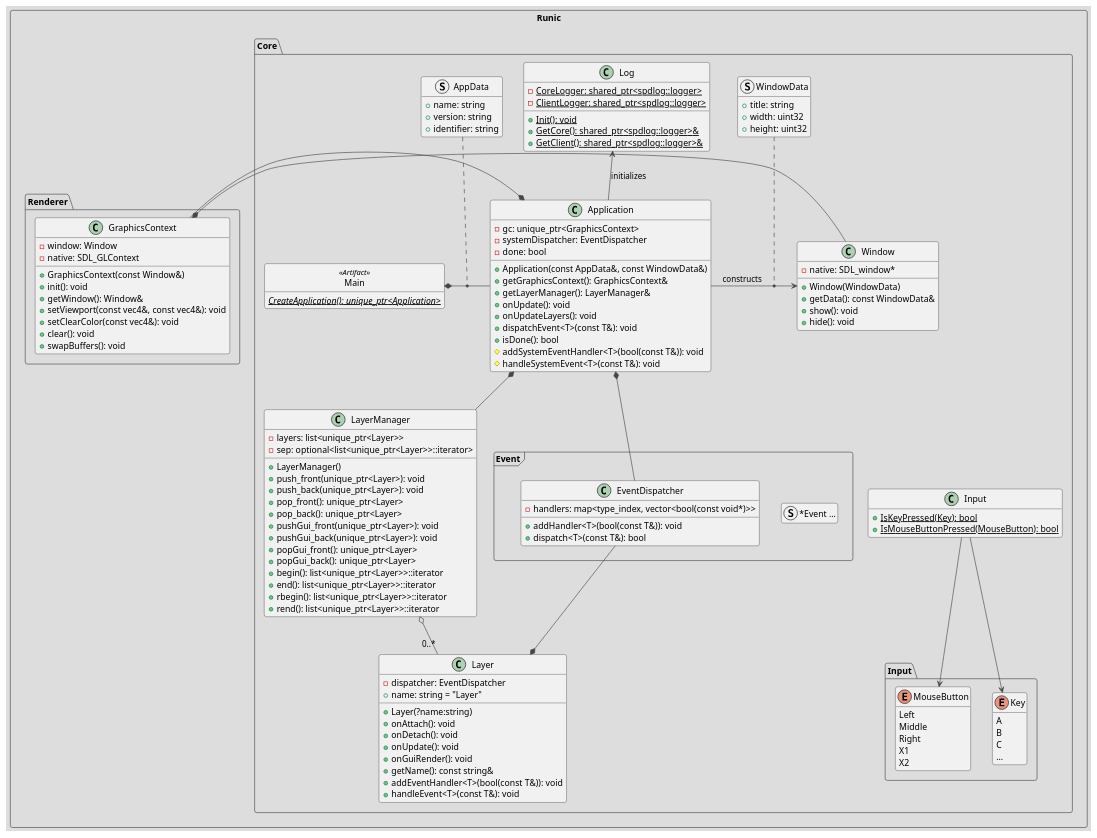
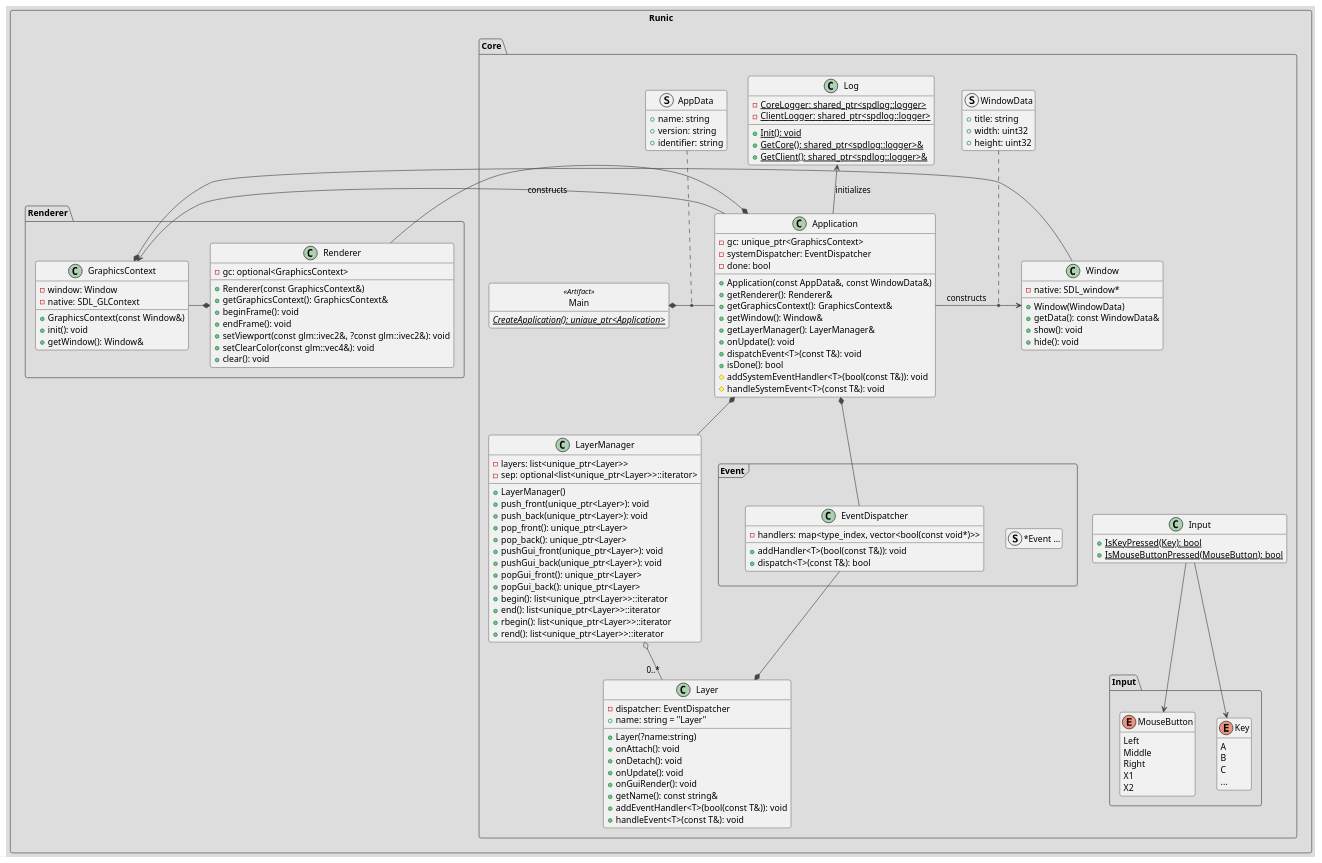
The diagram in Runic/doc/classes.plantuml (dedbox/Runic), drawn with PlantUML before and after one commit. The commit also changed 9 other files, not shown here.

```diff
--- a/Runic/doc/classes.plantuml
+++ b/Runic/doc/classes.plantuml
@@ -1,163 +1,174 @@
 @startuml
 !theme toy
 
 package Runic <<rectangle>> {
   package Core <<folder>> {
     class Main <<Artifact>> {
       {static} {abstract} CreateApplication(): unique_ptr<Application>
     }
 
     hide <<Artifact>> circle
     hide <<Artifact>> fields
 
     struct AppData {
       + name: string
       + version: string
       + identifier: string
     }
 
     class Application {
       - gc: unique_ptr<GraphicsContext>
       - systemDispatcher: EventDispatcher
       - done: bool
       + Application(const AppData&, const WindowData&)
+      + getRenderer(): Renderer&
       + getGraphicsContext(): GraphicsContext&
+      + getWindow(): Window&
       + getLayerManager(): LayerManager&
       + onUpdate(): void
-      + onUpdateLayers(): void
       + dispatchEvent<T>(const T&): void
       + isDone(): bool
       # addSystemEventHandler<T>(bool(const T&)): void
       # handleSystemEvent<T>(const T&): void
     }
 
     Main *- Application
     AppData .. (Main, Application)
 
     struct WindowData {
       + title: string
       + width: uint32
       + height: uint32
     }
 
     class Window {
       - native: SDL_window*
       + Window(WindowData)
       + getData(): const WindowData&
       + show(): void
       + hide(): void
     }
 
     Application -> Window : constructs
     WindowData .. (Application, Window)
 
     class Log {
       {static} - CoreLogger: shared_ptr<spdlog::logger>
       {static} - ClientLogger: shared_ptr<spdlog::logger>
       {static} + Init(): void
       {static} + GetCore(): shared_ptr<spdlog::logger>&
       {static} + GetClient(): shared_ptr<spdlog::logger>&
     }
 
     Application -up-> Log : initializes
 
     class Input {
       {static} + IsKeyPressed(Key): bool
       {static} + IsMouseButtonPressed(MouseButton): bool
     }
 
     package Input as InputPkg {
       enum Key {
         A
         B
         C
         ...
       }
 
       enum MouseButton {
         Left
         Middle
         Right
         X1
         X2
       }
     }
 
     Input --> Key
     Input --> MouseButton
 
     package Event <<Frame>> {
       struct "*Event ..." as ConcreteEvent
 
       class EventDispatcher {
         {field} - handlers: map<type_index, vector<bool(const void*)>>
         + addHandler<T>(bool(const T&)): void
         + dispatch<T>(const T&): bool
       }
     }
 
     Application *-- EventDispatcher
 
     class Layer {
       - dispatcher: EventDispatcher
       + name: string = "Layer"
       + Layer(?name:string)
       + onAttach(): void
       + onDetach(): void
       + onUpdate(): void
       + onGuiRender(): void
       + getName(): const string&
       + addEventHandler<T>(bool(const T&)): void
       + handleEvent<T>(const T&): void
     }
 
     Layer *-- EventDispatcher
 
     class LayerManager {
       - layers: list<unique_ptr<Layer>>
       - sep: optional<list<unique_ptr<Layer>>::iterator>
       + LayerManager()
       + push_front(unique_ptr<Layer>): void
       + push_back(unique_ptr<Layer>): void
       + pop_front(): unique_ptr<Layer>
       + pop_back(): unique_ptr<Layer>
       + pushGui_front(unique_ptr<Layer>): void
       + pushGui_back(unique_ptr<Layer>): void
       + popGui_front(): unique_ptr<Layer>
       + popGui_back(): unique_ptr<Layer>
       + begin(): list<unique_ptr<Layer>>::iterator
       + end(): list<unique_ptr<Layer>>::iterator
       + rbegin(): list<unique_ptr<Layer>>::iterator
       + rend(): list<unique_ptr<Layer>>::iterator
     }
 
     LayerManager o-- "0..*" Layer
     Application *-- LayerManager
 
     LayerManager -[hidden]left- Event
     LayerManager -[hidden]right- Input
   }
 
   ' Renderer -------------------------------------------------------------------
 
   package Renderer {
     class GraphicsContext {
       - window: Window
       - native: SDL_GLContext
       + GraphicsContext(const Window&)
       + init(): void
       + getWindow(): Window&
-      + setViewport(const vec4&, const vec4&): void
-      + setClearColor(const vec4&): void
-      + clear(): void
-      + swapBuffers(): void
     }
 
-    Application *- GraphicsContext
+    Application -> GraphicsContext : constructs
     GraphicsContext *- Window
+
+    class Renderer {
+      - gc: optional<GraphicsContext>
+      + Renderer(const GraphicsContext&)
+      + getGraphicsContext(): GraphicsContext&
+      + beginFrame(): void
+      + endFrame(): void
+      + setViewport(const glm::ivec2&, ?const glm::ivec2&): void
+      + setClearColor(const glm::vec4&): void
+      + clear(): void
+    }
+
+    GraphicsContext -* Renderer
+    Application *- Renderer
   }
 }
 
 hide empty members
 
 @enduml
```
